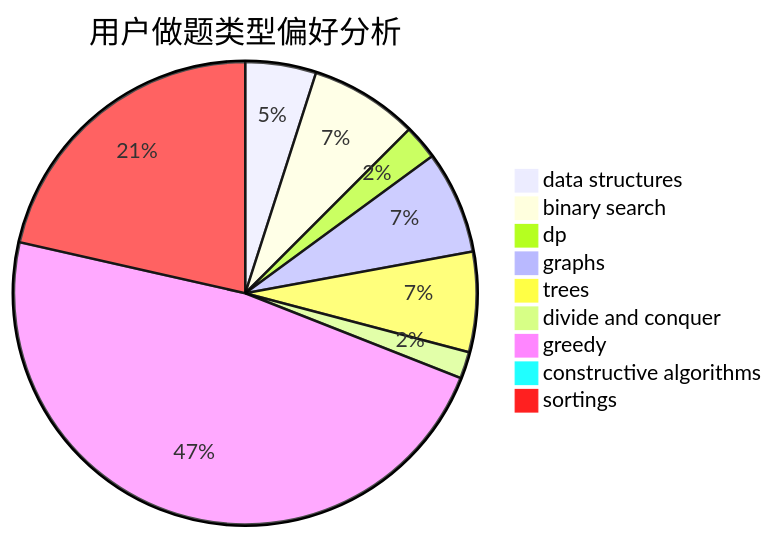
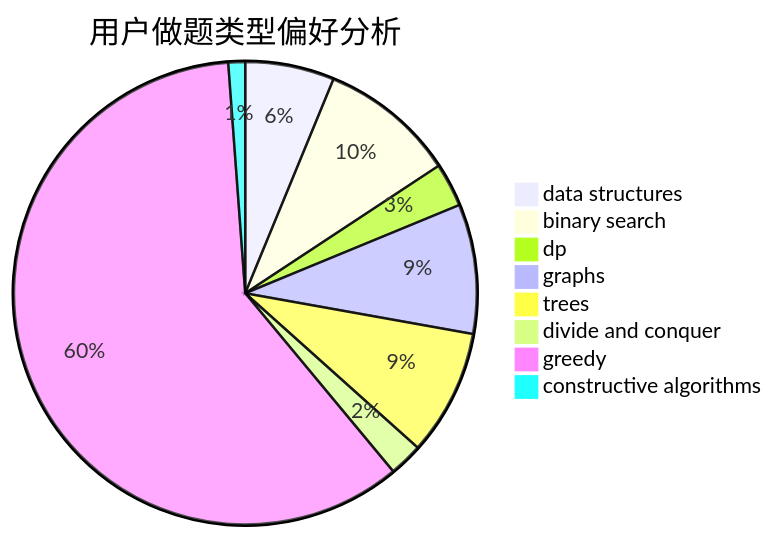
One commit to sherpahu/cfrs.github.io changed the second of 3 diagrams in docs/user/u2546.md. Above: the diagram before and after it, drawn with Mermaid. The commit also changed other lines of this file and 2769 other files, not shown here.

````diff
--- a/docs/user/u2546.md
+++ b/docs/user/u2546.md
@@ -18,12 +18,11 @@
 ```mermaid
 pie title 用户做题类型偏好分析
     "data structures" :  53
     "binary search" :  81
     "dp" :  26
     "graphs" :  77
     "trees" :  75
     "divide and conquer" :  20
     "greedy" :  510
     "constructive algorithms" :  10
-    "sortings" :  230
 ```
````
